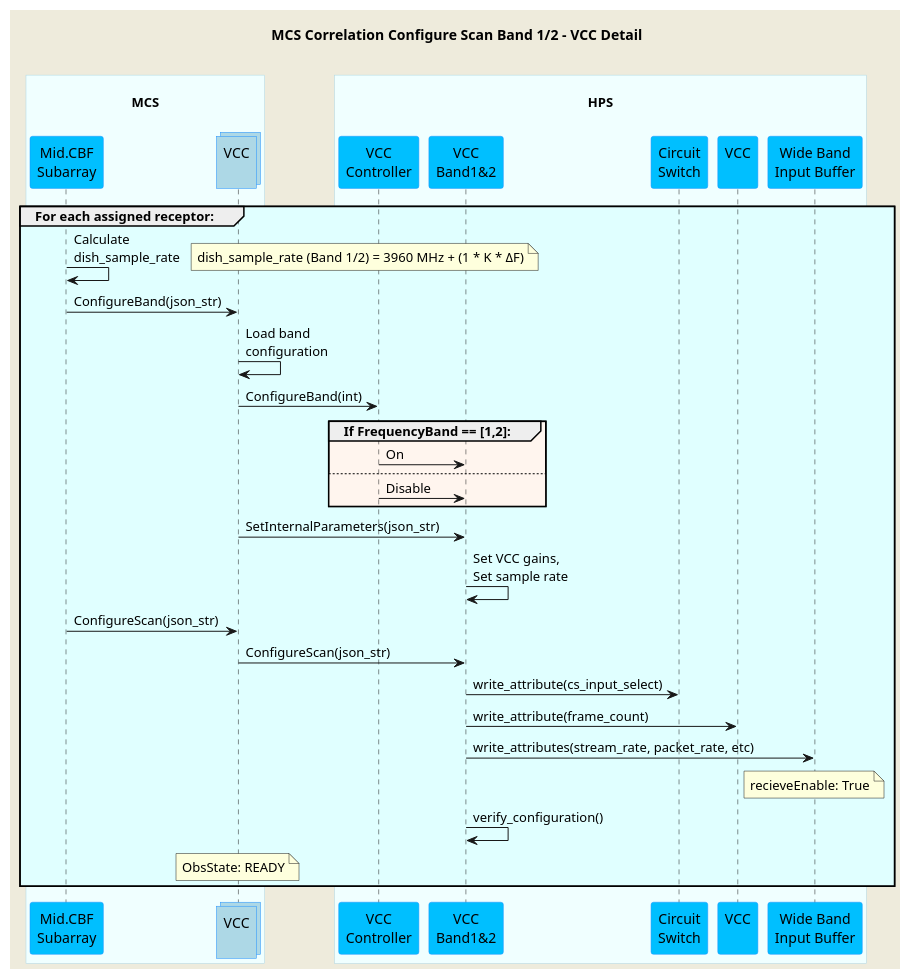
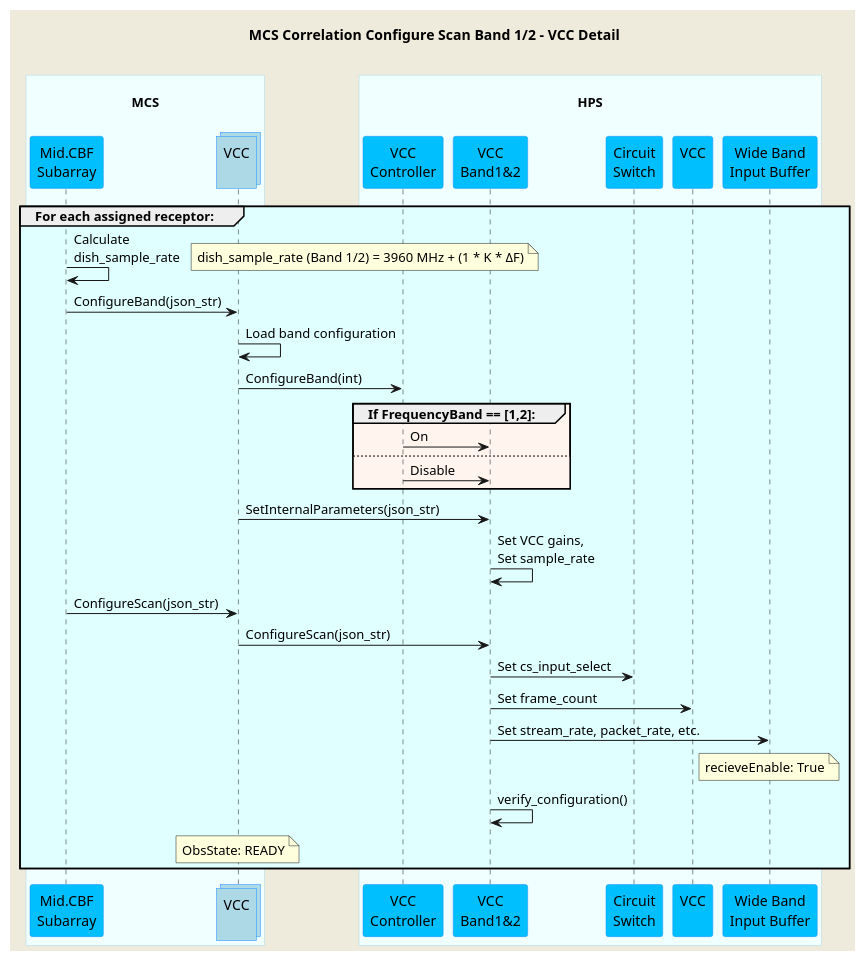
The diagram in docs/src/diagrams/configure-scan-vcc.puml (ska-telescope/mid-cbf-mcs), drawn with PlantUML before and after one commit. The commit also changed 11 other files, not shown here.

Commit message:
CIP-2424 sequence diagram consistency tweaks

```diff
--- a/docs/src/diagrams/configure-scan-vcc.puml
+++ b/docs/src/diagrams/configure-scan-vcc.puml
@@ -1,57 +1,57 @@
 @startuml
 'https://plantuml.com/sequence-diagram
 
 skinparam backgroundColor #EEEBDC
 skinparam sequence {
     ParticipantBorderColor DodgerBlue
     ParticipantBackgroundColor DeepSkyBlue
     ActorBorderColor DarkGreen
     ActorBackgroundColor Green
     BoxBorderColor LightBlue
     BoxBackgroundColor #F0FFFF
 }
 skinparam collections {
     BackGroundColor LightBlue
     BorderColor DodgerBlue
 }
 
 title MCS Correlation Configure Scan Band 1/2 - VCC Detail\n
 
 box "\nMCS\n"
     participant "Mid.CBF\nSubarray" as subarray
     collections "VCC\n" as vcc
 end box
 box "\nHPS\n"
     participant "VCC\nController" as hpsvcc
     participant "VCC\nBand1&2" as vccband1
     participant "Circuit\nSwitch" as cs
     participant "VCC\n" as vccdevice
     participant "Wide Band\nInput Buffer" as wb
 end box
 
 group #LightCyan For each assigned receptor:
     subarray    -> subarray     : Calculate\ndish_sample_rate
     note right                  : dish_sample_rate (Band 1/2) = 3960 MHz + (1 * K * <U+0394>F)
     subarray    -> vcc          : ConfigureBand(json_str)
-    vcc         -> vcc          : Load band\nconfiguration
+    vcc         -> vcc          : Load band configuration
     vcc         -> hpsvcc       : ConfigureBand(int)
     group #SeaShell If FrequencyBand == [1,2]:
         hpsvcc  -> vccband1     : On
     else 
         hpsvcc  -> vccband1     : Disable
     end group
     vcc         -> vccband1     : SetInternalParameters(json_str)
-    vccband1    -> vccband1     : Set VCC gains,\nSet sample rate
+    vccband1    -> vccband1     : Set VCC gains,\nSet sample_rate
 
     subarray    -> vcc          : ConfigureScan(json_str)
     vcc         -> vccband1     : ConfigureScan(json_str)
-    vccband1    -> cs           : write_attribute(cs_input_select)
-    vccband1    -> vccdevice    : write_attribute(frame_count)
-    vccband1    -> wb           : write_attributes(stream_rate, packet_rate, etc)
+    vccband1    -> cs           : Set cs_input_select
+    vccband1    -> vccdevice    : Set frame_count
+    vccband1    -> wb           : Set stream_rate, packet_rate, etc.
     note over wb                : recieveEnable: True
     vccband1    -> vccband1     : verify_configuration()
     note over vcc               : ObsState: READY
 end group
 
 
 @enduml
```
